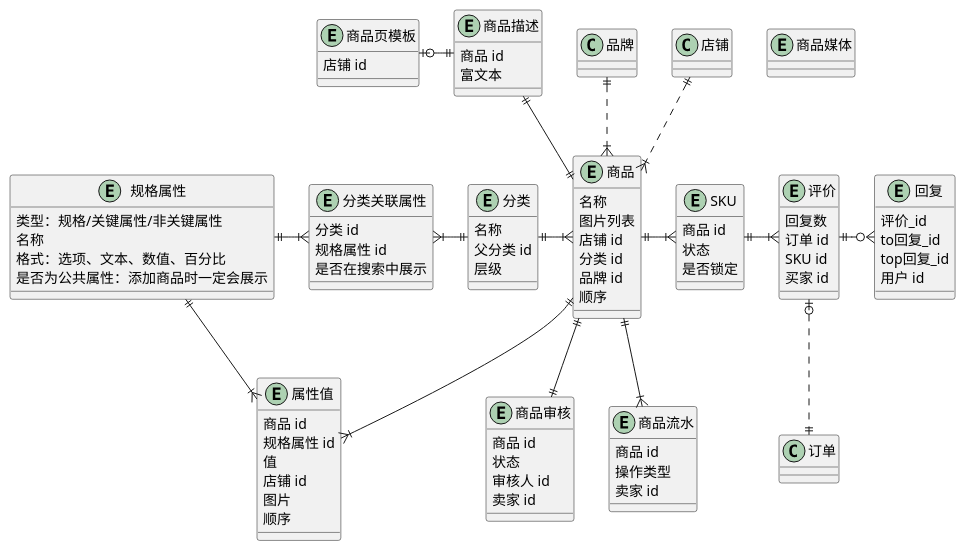
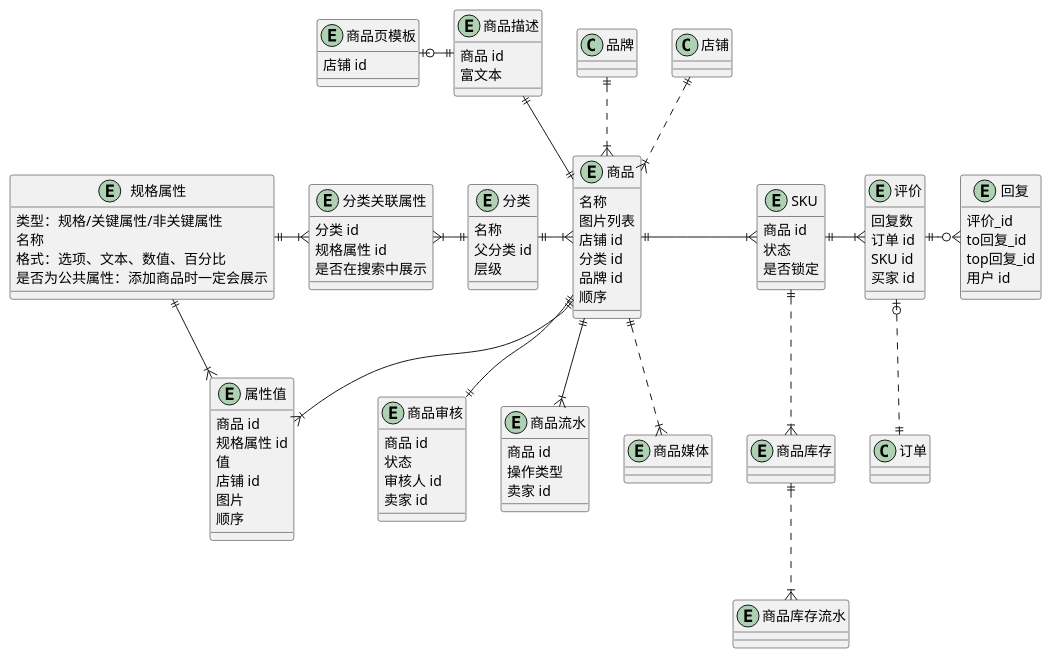
The diagram in 商品.wsd (awesomecat2020/mock-mall), drawn with PlantUML before and after one commit.

Commit message:
UML 格式调整

```diff
--- a/商品.wsd
+++ b/商品.wsd
@@ -1,101 +1,110 @@
 @startuml 商品UML
 
 ' ==================== 商品 ====================
 entity 商品 {
     名称
     图片列表
     店铺 id
     分类 id
     品牌 id
     顺序
+}
+entity SKU {
+    商品 id
+    状态
+    是否锁定
+}
+entity 分类 {
+    名称
+    父分类 id
+    层级
 }
 entity 商品审核 {
     商品 id
     状态
     审核人 id
     卖家 id
 }
 entity 商品流水 {
     商品 id
     操作类型
     卖家 id
 }
 entity 商品描述 {
     商品 id
     富文本
 }
 entity 商品页模板 {
     ' 暂不做
     店铺 id
 }
 entity 商品媒体 {
     ' 暂不做
 }
+entity 商品库存 {
+    ' 暂不做
+}
+entity 商品库存流水 {
+    ' 暂不做
+}
 
 店铺 ||..|{ 商品
 商品 }|.u.|| 品牌
+分类 ||-|{ 商品
+商品 ||-|{ SKU
 商品 ||--|| 商品审核
 商品 ||--|{ 商品流水
 商品 ||-u-|| 商品描述
 商品描述 ||-l-o| 商品页模板
-
+商品 ||..|{ 商品媒体
+SKU ||..|{ 商品库存
+商品库存 ||..|{ 商品库存流水
 
 ' ==================== 属性 ====================
-entity 分类 {
-    名称
-    父分类 id
-    层级
-}
 entity 规格属性 {
     ' 分类不同，规则属性不同
     类型：规格/关键属性/非关键属性
     名称
     格式：选项、文本、数值、百分比
     是否为公共属性：添加商品时一定会展示
 }
 entity 分类关联属性 {
     分类 id
     规格属性 id
     是否在搜索中展示
 }
 entity 属性值 {
     商品 id
     规格属性 id
     值
     店铺 id
     图片
     顺序
 }
 
 规格属性 ||-|{ 分类关联属性
 分类关联属性 }|-|| 分类
-分类 ||-|{ 商品
 规格属性 ||--|{ 属性值
 商品 ||--|{ 属性值
 
 
 ' ==================== 评价 ====================
 entity 评价 {
     回复数
     订单 id
     SKU id
     买家 id
 }
 entity 回复 {
     评价_id
     to回复_id
     top回复_id
     用户 id
 }
-entity SKU {
-    商品 id
-    状态
-    是否锁定
-}
 
-商品 ||-|{ SKU
+
 SKU ||-|{ 评价
 评价 |o..|| 订单
 评价 ||-o{ 回复
 
 @enduml
```
